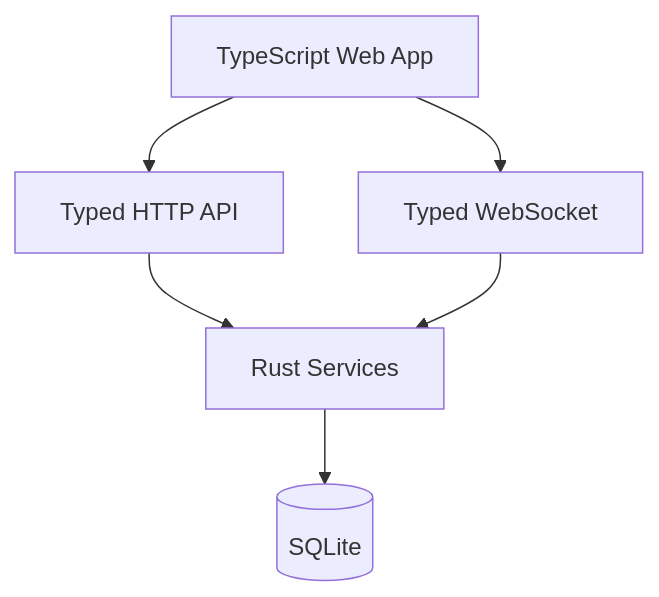
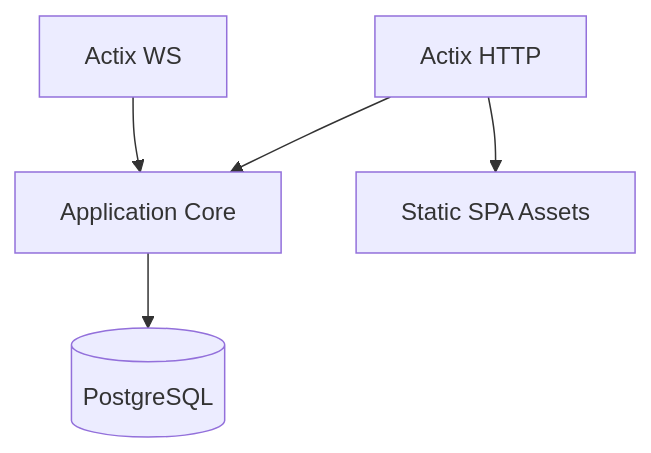
The diagram in docs/spec/architecture/README.md (lkjsxc/kjxlkj), drawn with Mermaid before and after one commit. The commit also changed other lines of this file and 174 other files, not shown here.

````diff
--- a/docs/spec/architecture/README.md
+++ b/docs/spec/architecture/README.md
@@ -18,14 +17,13 @@
 ```mermaid
 graph TD
- HTTP[Typed HTTP API]
- WS[Typed WebSocket]
- APP[Rust Services]
- DB[(SQLite)]
- UI[TypeScript Web App]
+ HTTP[Actix HTTP]
+ WS[Actix WS]
+ APP[Application Core]
+ DB[(PostgreSQL)]
+ SPA[Static SPA Assets]
 
- UI --> HTTP
- UI --> WS
  HTTP --> APP
  WS --> APP
  APP --> DB
+ HTTP --> SPA
 ```
````
